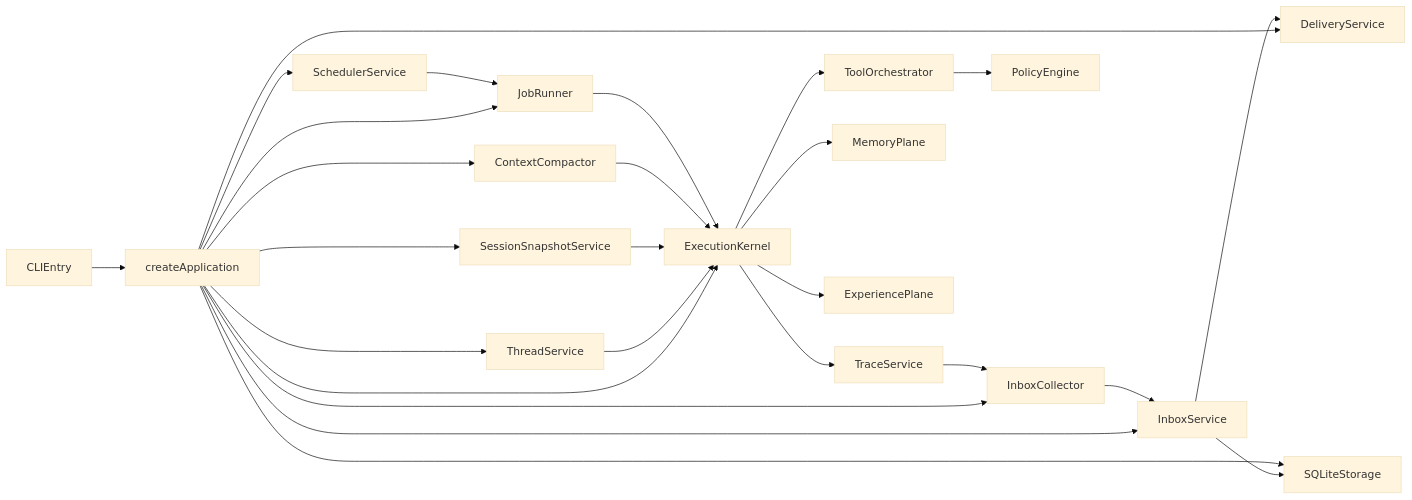
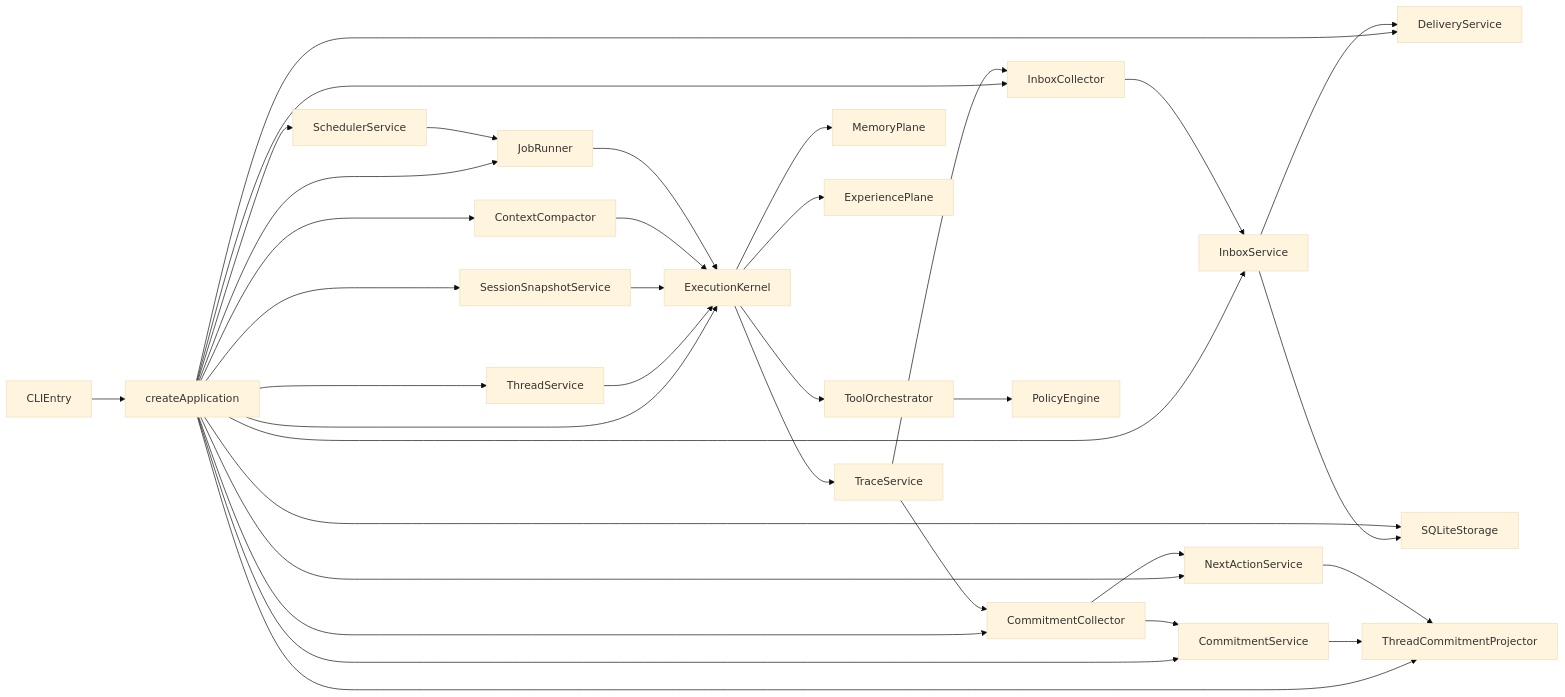
The diagram in docs/dev/architecture.md (XD319/tentaclaw), drawn with Mermaid (base theme) before and after one commit. The commit also changed other lines of this file and 27 other files, not shown here.

First line of the commit message:
Add commitment and next-action continuity across runtime and CLI.

````diff
--- a/docs/dev/architecture.md
+++ b/docs/dev/architecture.md
@@ -3,28 +3,37 @@
 ```mermaid
 flowchart LR
   CLI[CLIEntry] --> Bootstrap[createApplication]
   Bootstrap --> SchedulerSvc[SchedulerService]
   Bootstrap --> JobRunner[JobRunner]
   Bootstrap --> DeliverySvc[DeliveryService]
   Bootstrap --> InboxSvc[InboxService]
   Bootstrap --> InboxCollector[InboxCollector]
+  Bootstrap --> CommitmentSvc[CommitmentService]
+  Bootstrap --> NextActionSvc[NextActionService]
+  Bootstrap --> CommitmentCollector[CommitmentCollector]
+  Bootstrap --> CommitmentProjector[ThreadCommitmentProjector]
   Bootstrap --> ThreadSvc[ThreadService]
   Bootstrap --> SnapshotSvc[SessionSnapshotService]
   Bootstrap --> CtxCompactor[ContextCompactor]
   Bootstrap --> Kernel[ExecutionKernel]
   ThreadSvc --> Kernel
   SnapshotSvc --> Kernel
   CtxCompactor --> Kernel
   SchedulerSvc --> JobRunner
   JobRunner --> Kernel
   Trace --> InboxCollector
+  Trace --> CommitmentCollector
   InboxCollector --> InboxSvc
+  CommitmentCollector --> CommitmentSvc
+  CommitmentCollector --> NextActionSvc
+  CommitmentSvc --> CommitmentProjector
+  NextActionSvc --> CommitmentProjector
   InboxSvc --> Storage
   InboxSvc --> DeliverySvc
   Kernel --> Tools[ToolOrchestrator]
   Tools --> Policy[PolicyEngine]
   Kernel --> Trace[TraceService]
   Kernel --> Memory[MemoryPlane]
   Kernel --> Experience[ExperiencePlane]
   Bootstrap --> Storage[SQLiteStorage]
 ```
````
